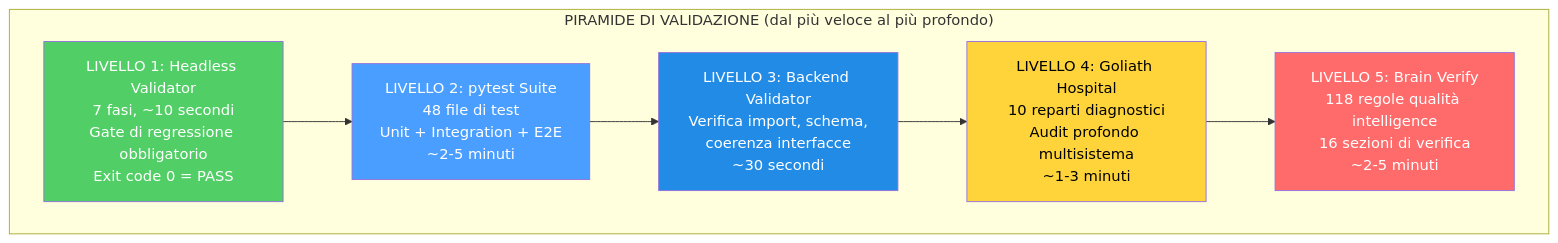
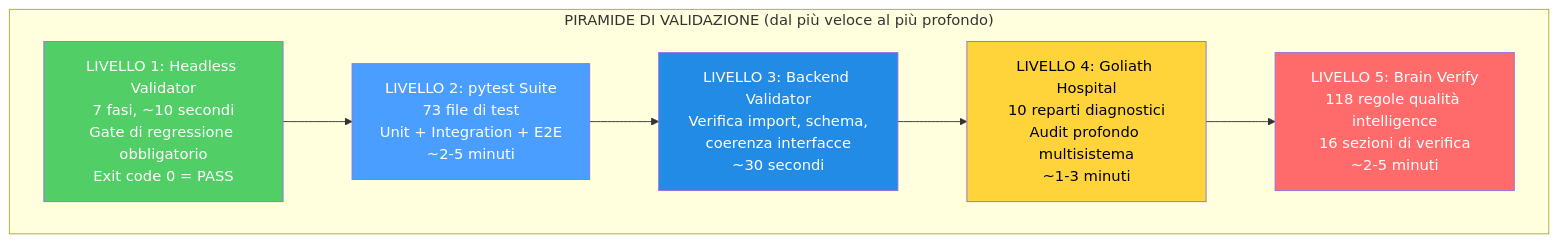
Diagram 40 of 55 in docs/AI-cs2-coach-part3.md (renanaugustomacena-ux/Counter-Strike-coach-AI), drawn with Mermaid before and after one commit. The commit also changed other lines of this file and 6 other files, not shown here.

First line of the commit message:
Update docs: fix metrics, replace broken SVG with mermaid ER, generate PDFs

````diff
--- a/docs/AI-cs2-coach-part3.md
+++ b/docs/AI-cs2-coach-part3.md
@@ -1864,16 +2016,16 @@
 ```mermaid
 flowchart TB
     subgraph PYRAMID["PIRAMIDE DI VALIDAZIONE (dal più veloce al più profondo)"]
         L1["LIVELLO 1: Headless Validator<br/>7 fasi, ~10 secondi<br/>Gate di regressione obbligatorio<br/>Exit code 0 = PASS"]
-        L2["LIVELLO 2: pytest Suite<br/>48 file di test<br/>Unit + Integration + E2E<br/>~2-5 minuti"]
+        L2["LIVELLO 2: pytest Suite<br/>73 file di test<br/>Unit + Integration + E2E<br/>~2-5 minuti"]
         L3["LIVELLO 3: Backend Validator<br/>Verifica import, schema,<br/>coerenza interfacce<br/>~30 secondi"]
         L4["LIVELLO 4: Goliath Hospital<br/>10 reparti diagnostici<br/>Audit profondo multisistema<br/>~1-3 minuti"]
         L5["LIVELLO 5: Brain Verify<br/>118 regole qualità intelligence<br/>16 sezioni di verifica<br/>~2-5 minuti"]
     end
     L1 --> L2 --> L3 --> L4 --> L5
     style L1 fill:#51cf66,color:#fff
     style L2 fill:#4a9eff,color:#fff
     style L3 fill:#228be6,color:#fff
     style L4 fill:#ffd43b,color:#000
     style L5 fill:#ff6b6b,color:#fff
 ```
````
